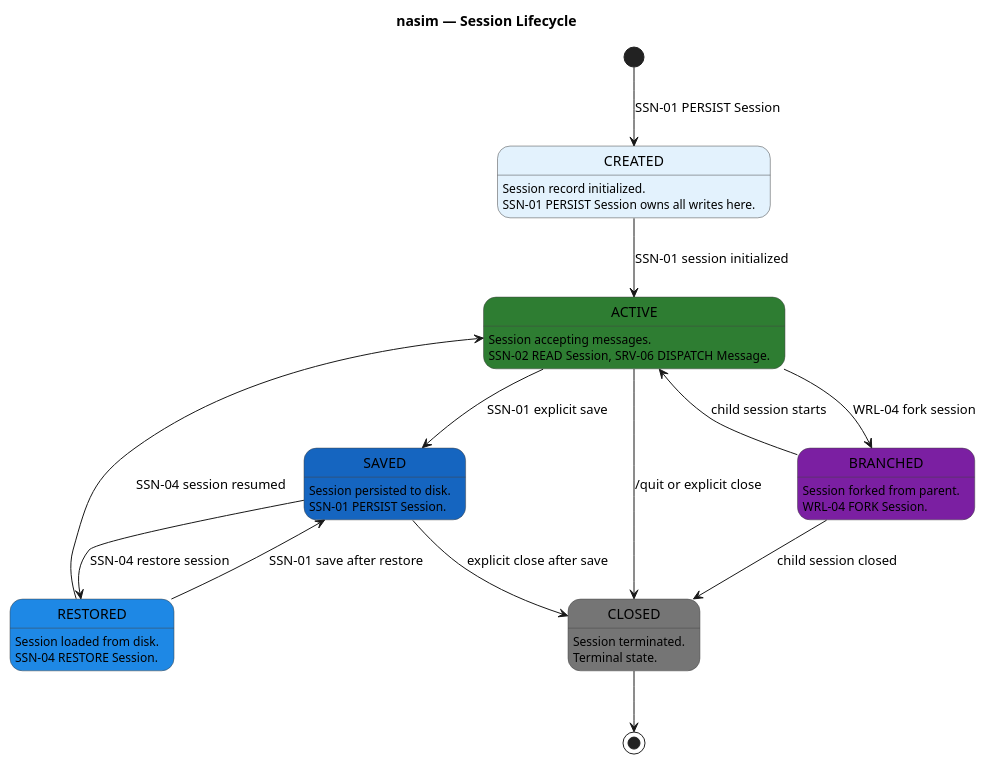
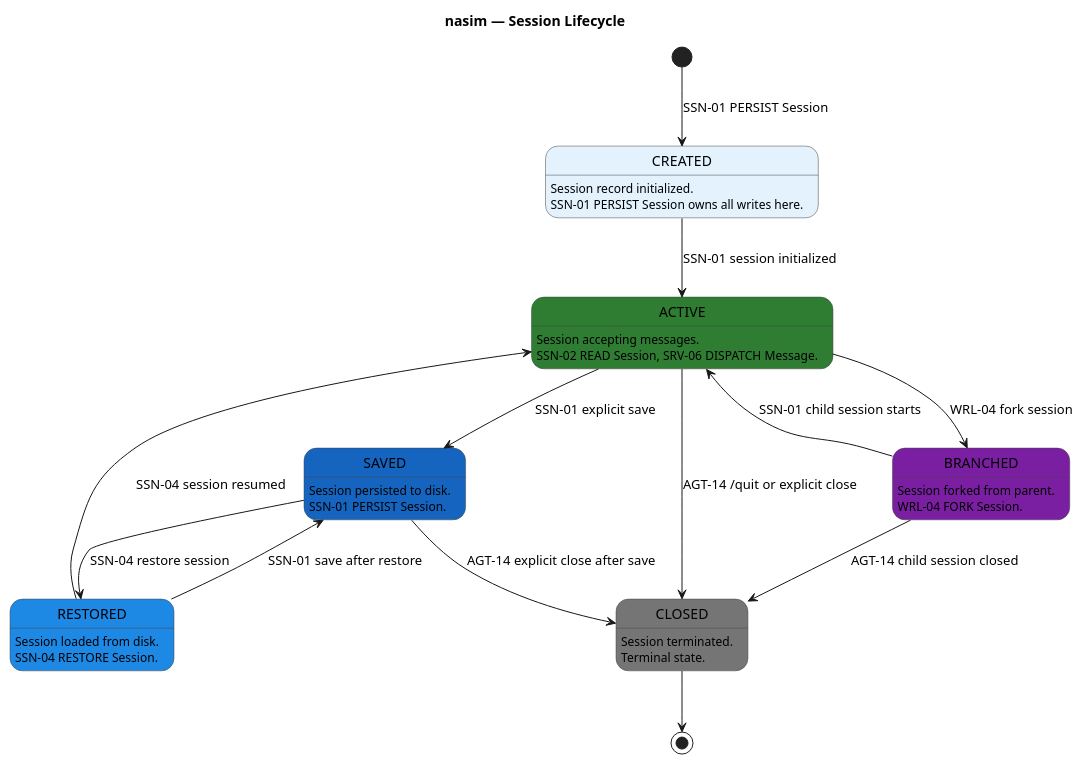
One commit to salimnamvar/nasim changed the first of 4 diagrams in SM.md. Above: the diagram before and after it, drawn with PlantUML. The commit also changed other lines of this file and 9 other files, not shown here.

```diff
--- a/SM.md
+++ b/SM.md
@@ -86,59 +123,59 @@
 @startuml sm_session_lifecycle
 ' ============================================================
 ' Title:     nasim — Session Lifecycle State Machine
 ' Boundary:  nasim code agent
 ' Purpose:   Entity lifecycle for Session (persisted to disk)
 ' Milestone: v1.0
 ' Version:   1.0.0
 ' Source:    docs/UC/README.md
 ' Review:    docs/audit/audit.2026.06.20.sq-sm-chain.car.md
 ' ============================================================
 
 title nasim — Session Lifecycle
 
 skinparam state {
   BackgroundColor #FFFFFF
   BorderColor #424242
   FontColor #000000
 }
 
 [*] --> CREATED : SSN-01 PERSIST Session
 
 state "CREATED" as CREATED #E3F2FD
 CREATED : Session record initialized.
 CREATED : SSN-01 PERSIST Session owns all writes here.
 
 state "ACTIVE" as ACTIVE #2E7D32
 ACTIVE : Session accepting messages.
 ACTIVE : SSN-02 READ Session, SRV-06 DISPATCH Message.
 
 state "SAVED" as SAVED #1565C0
 SAVED : Session persisted to disk.
 SAVED : SSN-01 PERSIST Session.
 
 state "RESTORED" as RESTORED #1E88E5
 RESTORED : Session loaded from disk.
 RESTORED : SSN-04 RESTORE Session.
 
 state "BRANCHED" as BRANCHED #7B1FA2
 BRANCHED : Session forked from parent.
 BRANCHED : WRL-04 FORK Session.
 
 state "CLOSED" as CLOSED #757575
 CLOSED : Session terminated.
 CLOSED : Terminal state.
 
 CREATED --> ACTIVE : SSN-01 session initialized
 ACTIVE --> SAVED : SSN-01 explicit save
 ACTIVE --> BRANCHED : WRL-04 fork session
-ACTIVE --> CLOSED : /quit or explicit close
+ACTIVE --> CLOSED : AGT-14 /quit or explicit close
 SAVED --> RESTORED : SSN-04 restore session
 RESTORED --> ACTIVE : SSN-04 session resumed
 RESTORED --> SAVED : SSN-01 save after restore
-BRANCHED --> ACTIVE : child session starts
-BRANCHED --> CLOSED : child session closed
-SAVED --> CLOSED : explicit close after save
+BRANCHED --> ACTIVE : SSN-01 child session starts
+BRANCHED --> CLOSED : AGT-14 child session closed
+SAVED --> CLOSED : AGT-14 explicit close after save
 
 CLOSED --> [*]
 
 @enduml
```
